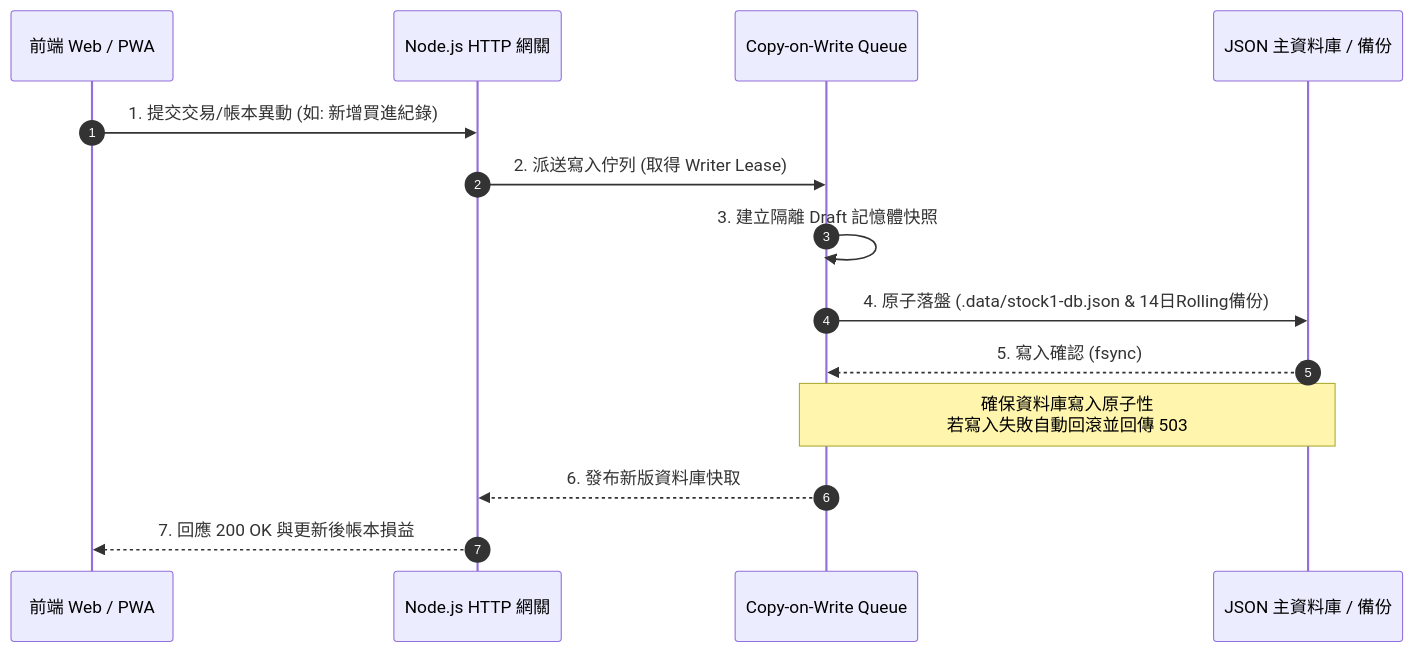
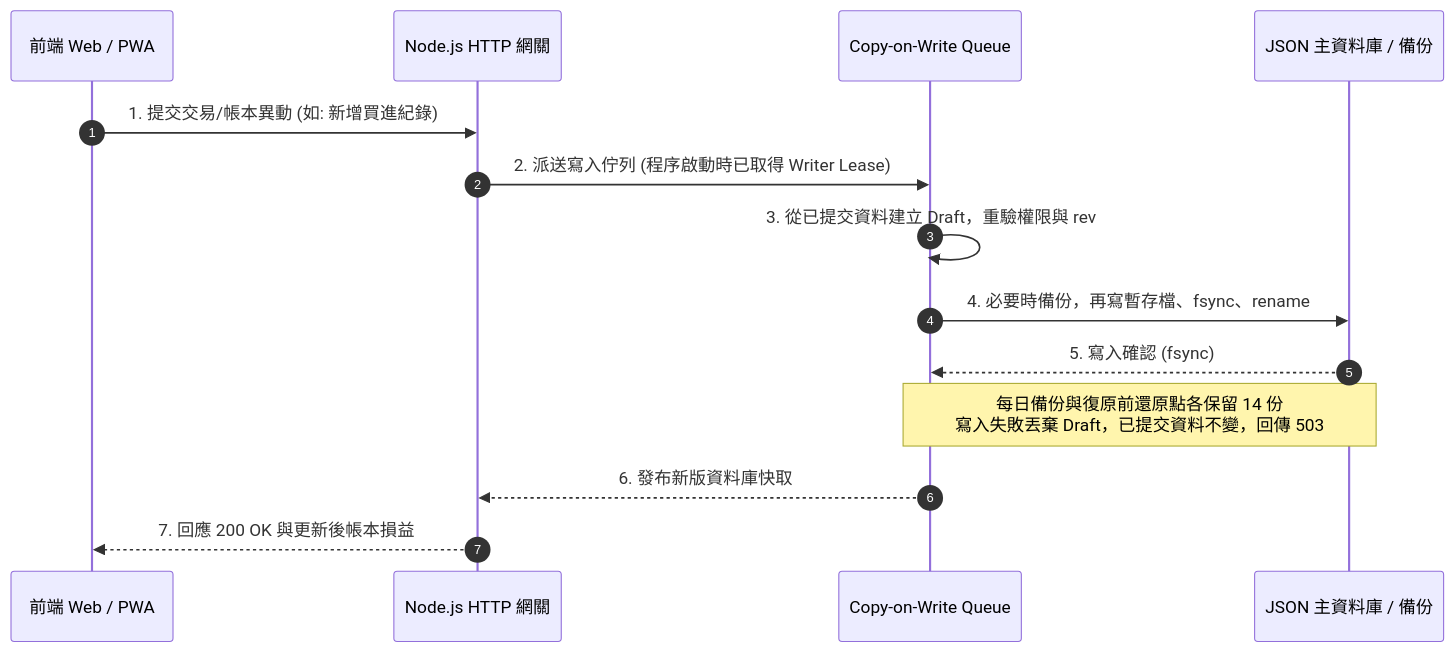
Before and after one commit to kuotunyu/stock-cockpit: the second of 2 diagrams in README.md, drawn with Mermaid. The commit also changed other lines of this file and 6 other files, not shown here.

````diff
--- a/README.md
+++ b/README.md
@@ -78,18 +91,18 @@
 ```mermaid
 %%{init: {'themeVariables': {'fontSize': '22px', 'actorFontSize': '20px', 'messageFontSize': '18px', 'noteFontSize': '18px'}}}%%
 sequenceDiagram
     autonumber
     participant UI as 前端 Web / PWA
     participant API as Node.js HTTP 網關
     participant Queue as Copy-on-Write Queue
     participant DB as JSON 主資料庫 / 備份
 
     UI->>API: 1. 提交交易/帳本異動 (如: 新增買進紀錄)
-    API->>Queue: 2. 派送寫入佇列 (取得 Writer Lease)
-    Queue->>Queue: 3. 建立隔離 Draft 記憶體快照
-    Queue->>DB: 4. 原子落盤 (.data/stock1-db.json & 14日Rolling備份)
+    API->>Queue: 2. 派送寫入佇列 (程序啟動時已取得 Writer Lease)
+    Queue->>Queue: 3. 從已提交資料建立 Draft，重驗權限與 rev
+    Queue->>DB: 4. 必要時備份，再寫暫存檔、fsync、rename
     DB-->>Queue: 5. 寫入確認 (fsync)
-    Note over Queue,DB: 確保資料庫寫入原子性<br/>若寫入失敗自動回滾並回傳 503
+    Note over Queue,DB: 每日備份與復原前還原點各保留 14 份<br/>寫入失敗丟棄 Draft，已提交資料不變，回傳 503
     Queue-->>API: 6. 發布新版資料庫快取
     API-->>UI: 7. 回應 200 OK 與更新後帳本損益
 ```
````
